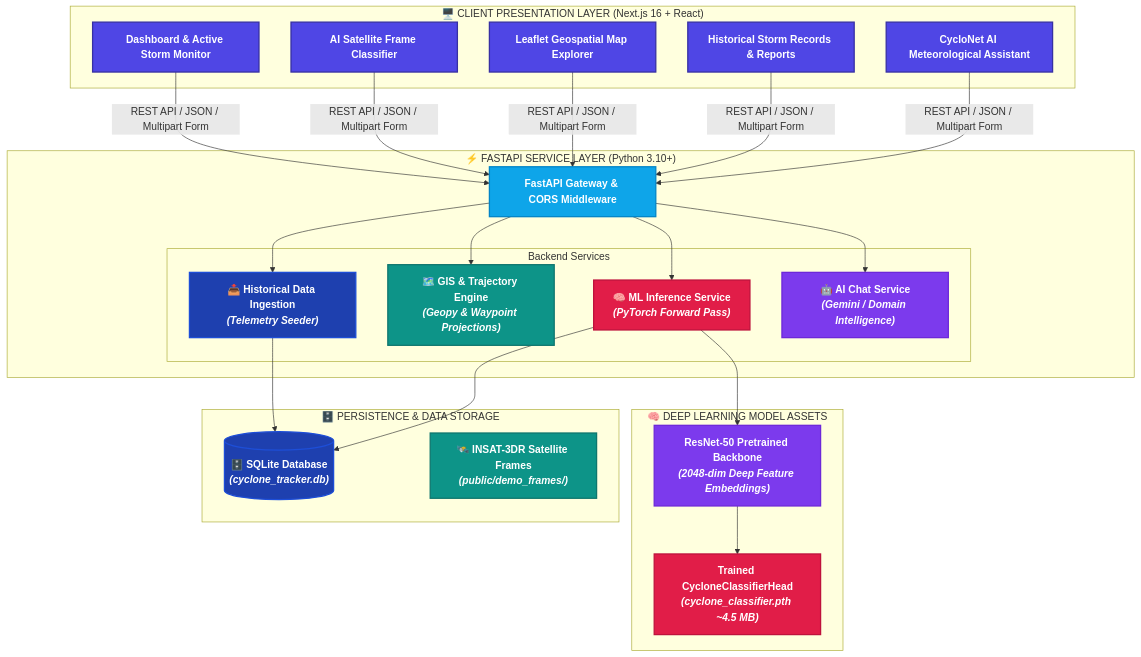
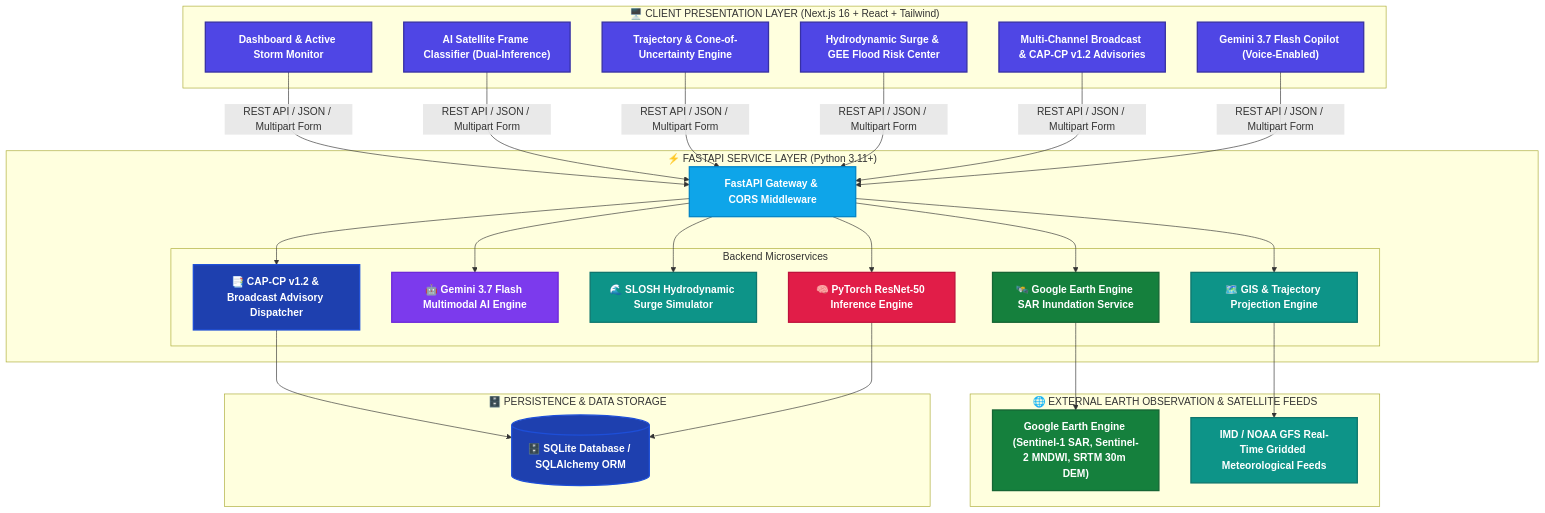
One commit to 8ernity/CycloNet changed the diagram in README.md. Above: the diagram before and after it, drawn with Mermaid. The commit also changed other lines of this file and 12 other files, not shown here.

````diff
--- a/README.md
+++ b/README.md
@@ -83,45 +94,48 @@
 ```mermaid
 flowchart TB
     classDef clientStyle fill:#4F46E5,stroke:#3730A3,stroke-width:2px,color:#FFFFFF,font-weight:bold
     classDef apiStyle fill:#0EA5E9,stroke:#0284C7,stroke-width:2px,color:#FFFFFF,font-weight:bold
     classDef mlStyle fill:#E11D48,stroke:#BE123C,stroke-width:2px,color:#FFFFFF,font-weight:bold
     classDef mapStyle fill:#0D9488,stroke:#0F766E,stroke-width:2px,color:#FFFFFF,font-weight:bold
     classDef dbStyle fill:#1E40AF,stroke:#1D4ED8,stroke-width:2px,color:#FFFFFF,font-weight:bold
     classDef extStyle fill:#7C3AED,stroke:#6D28D9,stroke-width:2px,color:#FFFFFF,font-weight:bold
+    classDef geeStyle fill:#15803D,stroke:#166534,stroke-width:2px,color:#FFFFFF,font-weight:bold
 
-    subgraph ClientLayer["🖥️ CLIENT PRESENTATION LAYER (Next.js 16 + React)"]
+    subgraph ClientLayer["🖥️ CLIENT PRESENTATION LAYER (Next.js 16 + React + Tailwind)"]
         Dashboard["Dashboard & Active Storm Monitor"]:::clientStyle
-        ClassifierUI["AI Satellite Frame Classifier"]:::clientStyle
-        MapView["Leaflet Geospatial Map Explorer"]:::clientStyle
-        ArchiveUI["Historical Storm Records & Reports"]:::clientStyle
-        ChatbotUI["CycloNet AI Meteorological Assistant"]:::clientStyle
+        ClassifierUI["AI Satellite Frame Classifier (Dual-Inference)"]:::clientStyle
+        ForecastUI["Trajectory & Cone-of-Uncertainty Engine"]:::clientStyle
+        InfraUI["Hydrodynamic Surge & GEE Flood Risk Center"]:::clientStyle
+        ReportsUI["Multi-Channel Broadcast & CAP-CP v1.2 Advisories"]:::clientStyle
+        ChatbotUI["Gemini 3.7 Flash Copilot (Voice-Enabled)"]:::clientStyle
     end
 
-    Dashboard & ClassifierUI & MapView & ArchiveUI & ChatbotUI -->|REST API / JSON / Multipart Form| Gateway
+    Dashboard & ClassifierUI & ForecastUI & InfraUI & ReportsUI & ChatbotUI -->|REST API / JSON / Multipart Form| Gateway
 
-    subgraph BackendLayer["⚡ FASTAPI SERVICE LAYER (Python 3.10+)"]
+    subgraph BackendLayer["⚡ FASTAPI SERVICE LAYER (Python 3.11+)"]
         Gateway["FastAPI Gateway & CORS Middleware"]:::apiStyle
 
-        subgraph CoreServices["Backend Services"]
-            MLService["🧠 ML Inference Service<br/><i>(PyTorch Forward Pass)</i>"]:::mlStyle
-            GISService["🗺️ GIS & Trajectory Engine<br/><i>(Geopy & Waypoint Projections)</i>"]:::mapStyle
-            DataIngest["📥 Historical Data Ingestion<br/><i>(Telemetry Seeder)</i>"]:::dbStyle
-            ChatService["🤖 AI Chat Service<br/><i>(Gemini / Domain Intelligence)</i>"]:::extStyle
+        subgraph CoreServices["Backend Microservices"]
+            MLService["🧠 PyTorch ResNet-50 Inference Engine"]:::mlStyle
+            GeminiService["🤖 Gemini 3.7 Flash Multimodal AI Engine"]:::extStyle
+            SurgeService["🌊 SLOSH Hydrodynamic Surge Simulator"]:::mapStyle
+            GEEService["🛰️ Google Earth Engine SAR Inundation Service"]:::geeStyle
+            GISService["🗺️ GIS & Trajectory Projection Engine"]:::mapStyle
+            ReportService["📑 CAP-CP v1.2 & Broadcast Advisory Dispatcher"]:::dbStyle
         end
 
-        Gateway --> MLService & GISService & DataIngest & ChatService
+        Gateway --> MLService & GeminiService & SurgeService & GEEService & GISService & ReportService
     end
 
-    subgraph DLModel["🧠 DEEP LEARNING MODEL ASSETS"]
-        Backbone["ResNet-50 Pretrained Backbone<br/><i>(2048-dim Deep Feature Embeddings)</i>"]:::extStyle
-        ClassifierHead["Trained CycloneClassifierHead<br/><i>(cyclone_classifier.pth ~4.5 MB)</i>"]:::mlStyle
-        MLService --> Backbone --> ClassifierHead
+    subgraph ExternalData["🌐 EXTERNAL EARTH OBSERVATION & SATELLITE FEEDS"]
+        GEE["Google Earth Engine (Sentinel-1 SAR, Sentinel-2 MNDWI, SRTM 30m DEM)"]:::geeStyle
+        IMD_NOAA["IMD / NOAA GFS Real-Time Gridded Meteorological Feeds"]:::mapStyle
+        GEEService --> GEE
+        GISService --> IMD_NOAA
     end
 
     subgraph StorageLayer["🗄️ PERSISTENCE & DATA STORAGE"]
-        DB[("🗄️ SQLite Database<br/><i>(cyclone_tracker.db)</i>")]:::dbStyle
-        DemoFrames["🛰️ INSAT-3DR Satellite Frames<br/><i>(public/demo_frames/)</i>"]:::mapStyle
-        DataIngest --> DB
-        MLService --> DB
+        DB[("🗄️ SQLite Database / SQLAlchemy ORM")]:::dbStyle
+        ReportService & MLService --> DB
     end
 ```
````
